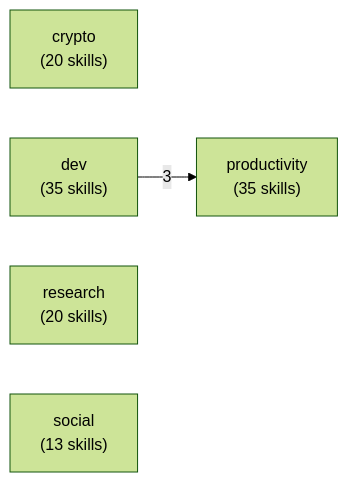
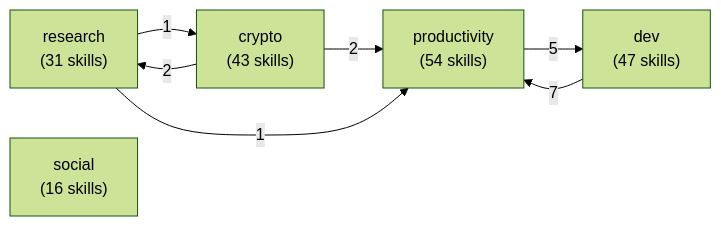
One commit to anajuliabit/aeon changed the first of 7 diagrams in docs/skill-graph.md. Above: the diagram before and after it, drawn with Mermaid (forest theme). The commit also changed other lines of this file and 2 other files, not shown here.

First line of the commit message:
docs(skill-graph): regenerate map (NEW_SKILLS: +68 | ENABLED_DELTA: -2 | DEPENDS_ON: 4->5 | SHARED_STATE: 9->36)

````diff
--- a/docs/skill-graph.md
+++ b/docs/skill-graph.md
@@ -22,9 +22,14 @@
 ```mermaid
 flowchart LR
-  crypto["crypto<br/>(20 skills)"]
-  dev["dev<br/>(35 skills)"]
-  productivity["productivity<br/>(35 skills)"]
-  research["research<br/>(20 skills)"]
-  social["social<br/>(13 skills)"]
-  dev -->|3| productivity
+  research["research<br/>(31 skills)"]
+  dev["dev<br/>(47 skills)"]
+  crypto["crypto<br/>(43 skills)"]
+  social["social<br/>(16 skills)"]
+  productivity["productivity<br/>(54 skills)"]
+  crypto -->|2| productivity
+  crypto -->|2| research
+  dev -->|7| productivity
+  productivity -->|5| dev
+  research -->|1| crypto
+  research -->|1| productivity
 ```
````
